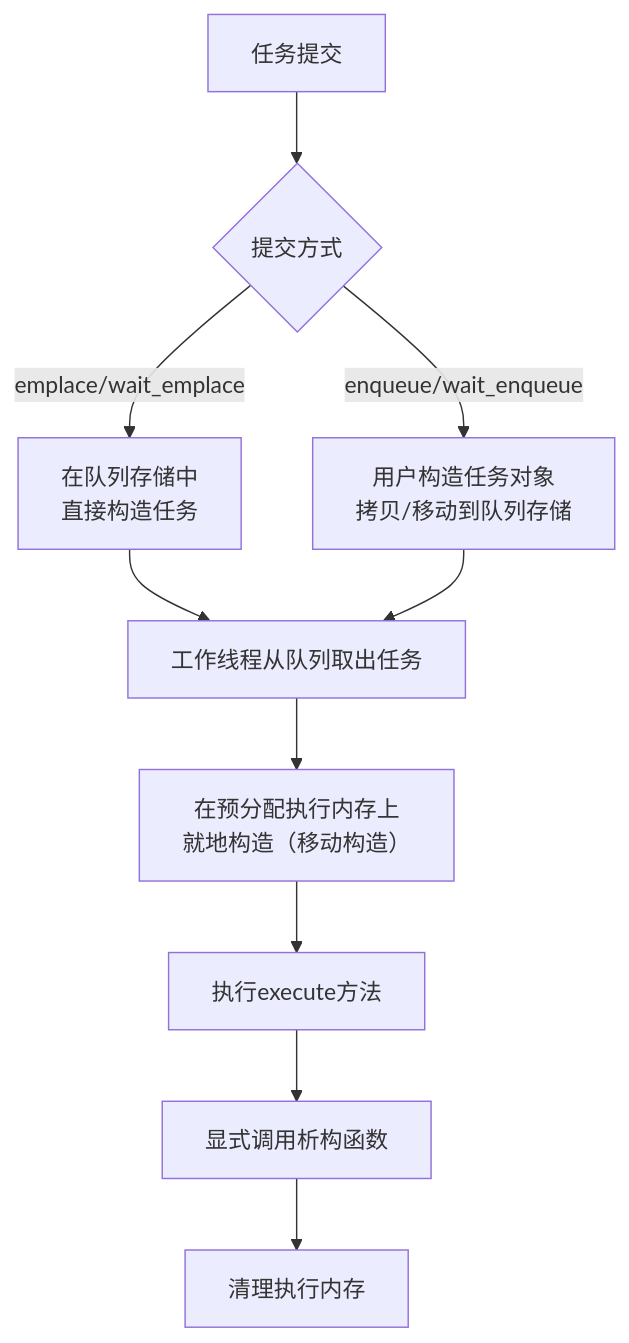
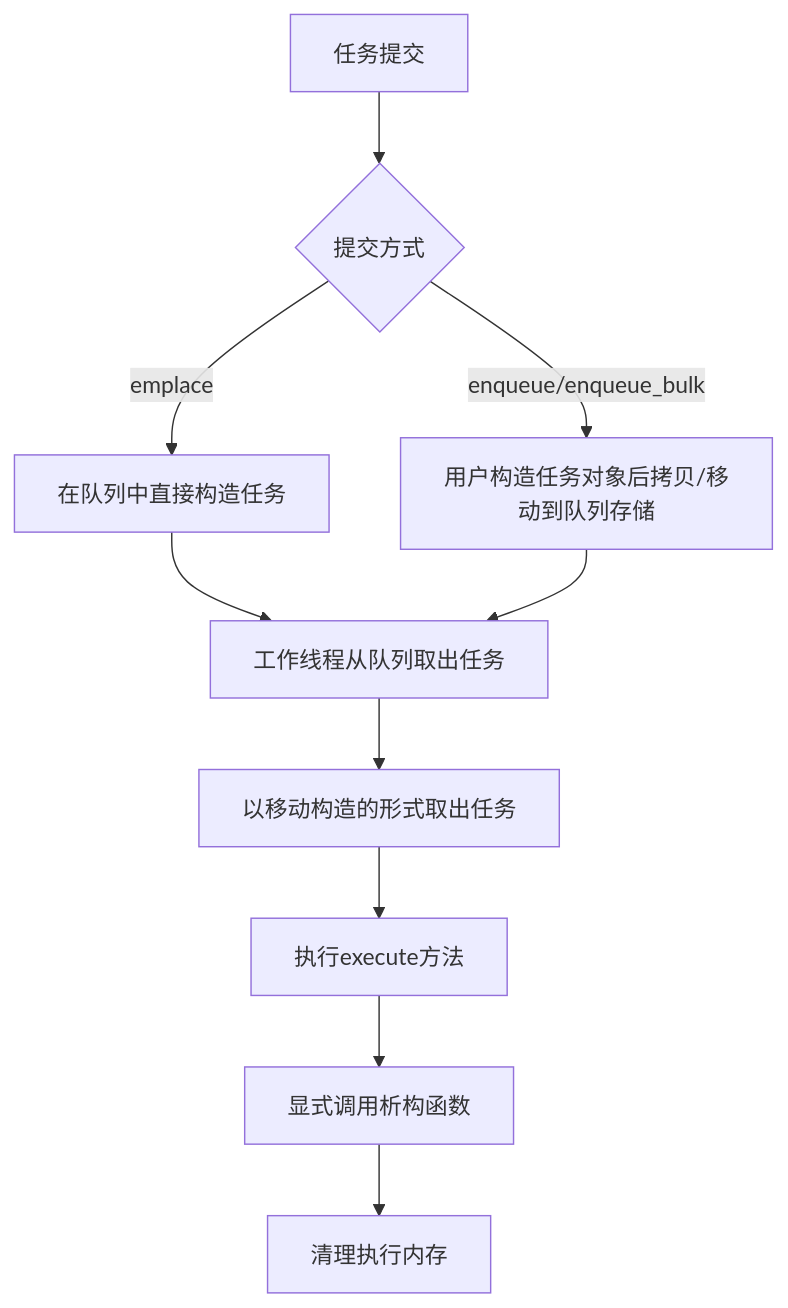
One commit to HSLL175848494/ThreadPool changed the diagram in README.md. Above: the diagram before and after it, drawn with Mermaid.

````diff
--- a/README.md
+++ b/README.md
@@ -84,14 +84,14 @@
 ```mermaid
 graph TD
     A[任务提交] --> B{提交方式}
-    B -->|emplace/wait_emplace| C[在队列存储中<br/>直接构造任务]
-    B -->|enqueue/wait_enqueue| D[用户构造任务对象<br/>拷贝/移动到队列存储]
+    B -->|emplace| C[在队列中直接构造任务]
+    B -->|enqueue/enqueue_bulk| D[用户构造任务对象后拷贝/移动到队列存储]
     
     C --> E[工作线程从队列取出任务]
     D --> E
     
-    E --> F[在预分配执行内存上<br/>就地构造（移动构造）]
+    E --> F[以移动构造的形式取出任务]
     F --> G[执行execute方法]
     G --> H[显式调用析构函数]
     H --> I[清理执行内存]
 ```
````
